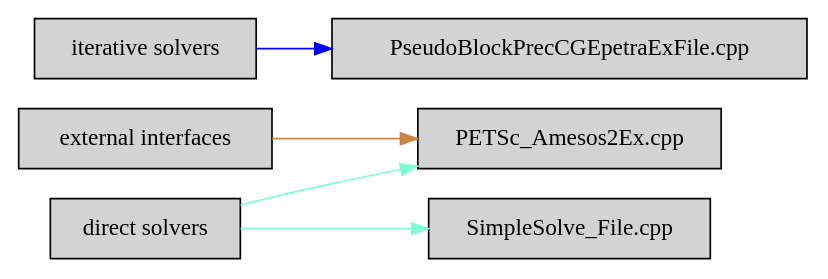
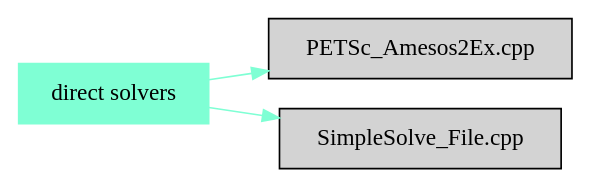
Before and after one commit to duongdo27/TrilinosConceptMap: the diagram in markdown/category_direct_solvers.dot, drawn with Graphviz. The commit also changed 12 other files, not shown here.

```diff
--- a/markdown/category_direct_solvers.dot
+++ b/markdown/category_direct_solvers.dot
@@ -1,10 +1,9 @@
 digraph bettersoftware {
             rankdir = LR;
             ratio = fill;
             node [style=filled];
             node [shape = box];
+"direct solvers" [colorscheme="svg" color="aquamarine"];
 "direct solvers" ->  "PETSc_Amesos2Ex.cpp" [colorscheme="svg" color="aquamarine"];
-"external interfaces" ->  "PETSc_Amesos2Ex.cpp" [colorscheme="svg" color="peru"];
 "direct solvers" ->  "SimpleSolve_File.cpp" [colorscheme="svg" color="aquamarine"];
-"iterative solvers" ->  "PseudoBlockPrecCGEpetraExFile.cpp" [colorscheme="svg" color="blue"];
 }
```
